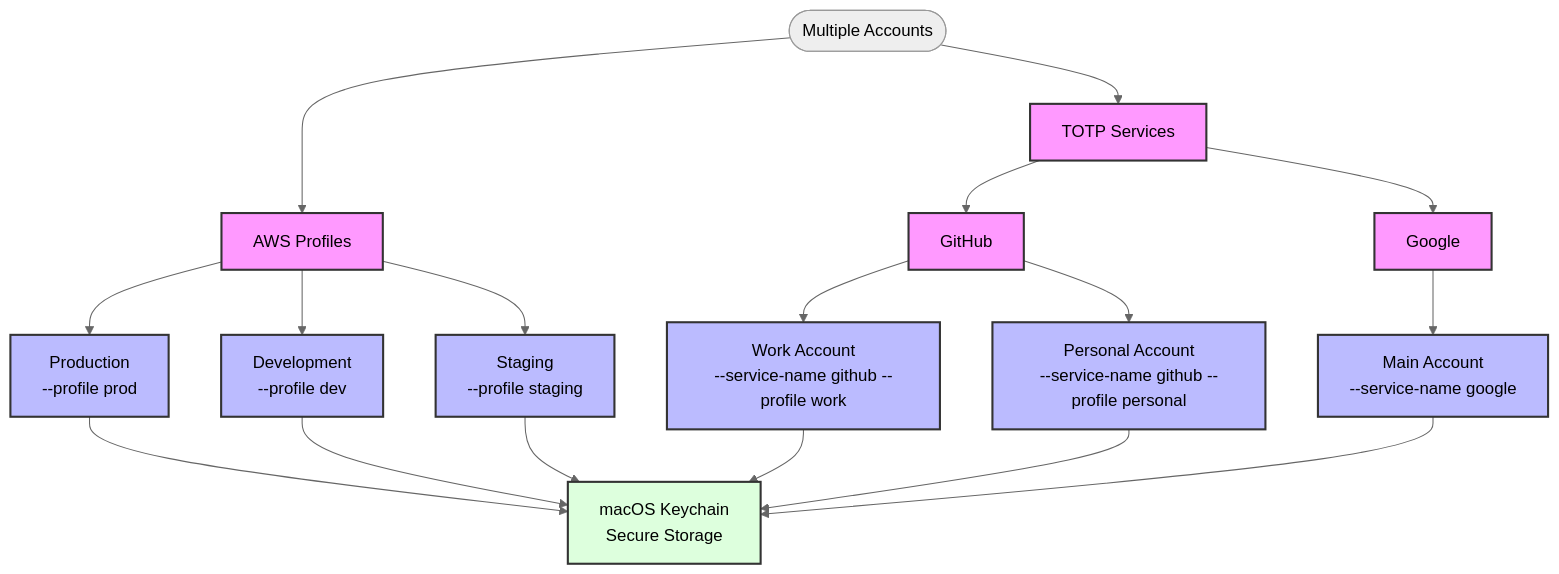
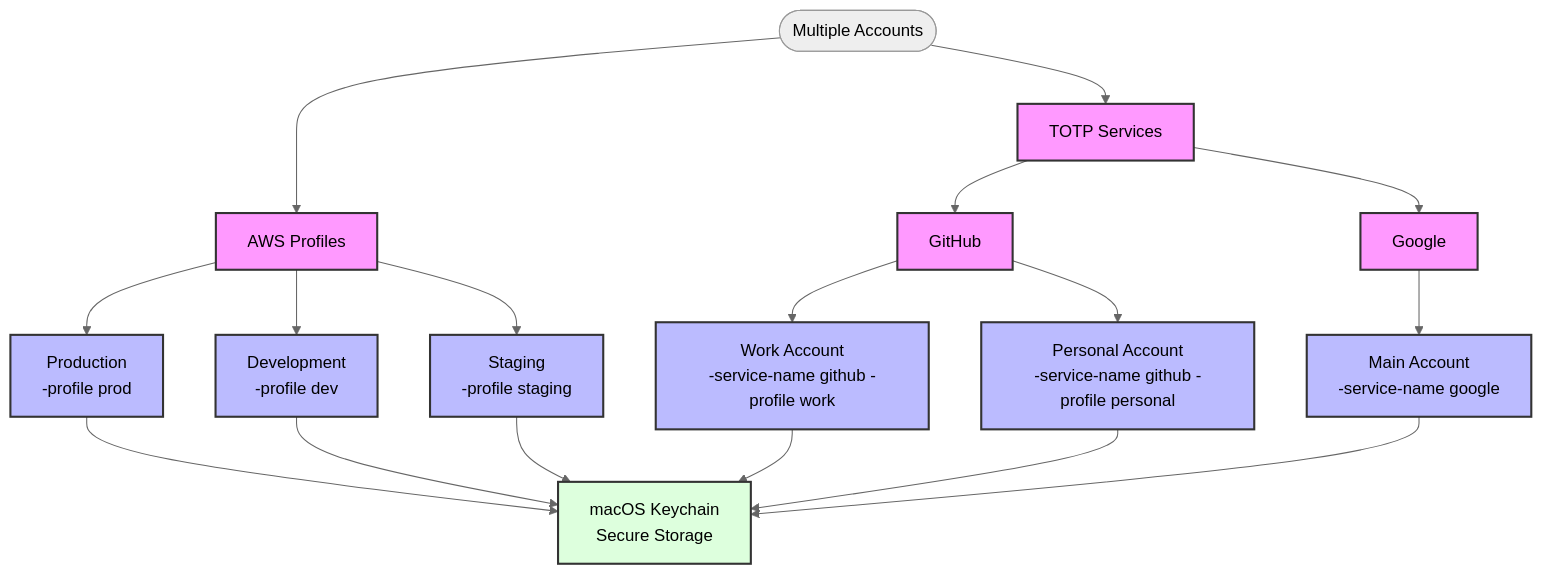
The diagram in docs/assets/multi-profile-management.mermaid (bashhack/sesh), drawn with Mermaid before and after one commit. The commit also changed 3 other files, not shown here.

```diff
--- a/docs/assets/multi-profile-management.mermaid
+++ b/docs/assets/multi-profile-management.mermaid
@@ -1,23 +1,23 @@
 %%{init: {'theme': 'neutral'}}%%
 flowchart TD
     classDef profile fill:#bbf,stroke:#333,stroke-width:2px
     classDef service fill:#f9f,stroke:#333,stroke-width:2px
     classDef keychain fill:#dfd,stroke:#333,stroke-width:2px
 
     Start([Multiple Accounts])
     
     Start --> AWS["AWS Profiles"]:::service
     Start --> TOTP["TOTP Services"]:::service
     
-    AWS --> AWSProd["Production<br>--profile prod"]:::profile
-    AWS --> AWSDev["Development<br>--profile dev"]:::profile
-    AWS --> AWSStaging["Staging<br>--profile staging"]:::profile
+    AWS --> AWSProd["Production<br>-profile prod"]:::profile
+    AWS --> AWSDev["Development<br>-profile dev"]:::profile
+    AWS --> AWSStaging["Staging<br>-profile staging"]:::profile
     
     TOTP --> GitHub["GitHub"]:::service
-    GitHub --> GHWork["Work Account<br>--service-name github --profile work"]:::profile
-    GitHub --> GHPersonal["Personal Account<br>--service-name github --profile personal"]:::profile
+    GitHub --> GHWork["Work Account<br>-service-name github -profile work"]:::profile
+    GitHub --> GHPersonal["Personal Account<br>-service-name github -profile personal"]:::profile
     
     TOTP --> Google["Google"]:::service
-    Google --> GoogleMain["Main Account<br>--service-name google"]:::profile
+    Google --> GoogleMain["Main Account<br>-service-name google"]:::profile
     
     AWSProd & AWSDev & AWSStaging & GHWork & GHPersonal & GoogleMain --> KC["macOS Keychain<br>Secure Storage"]:::keychain
```
